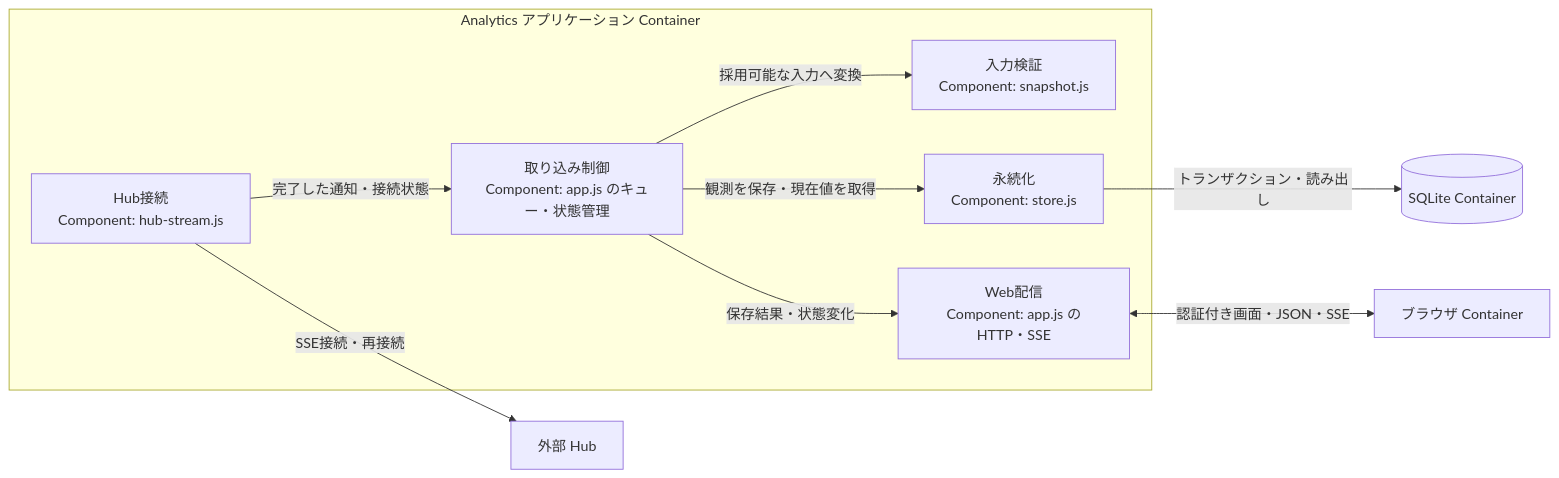
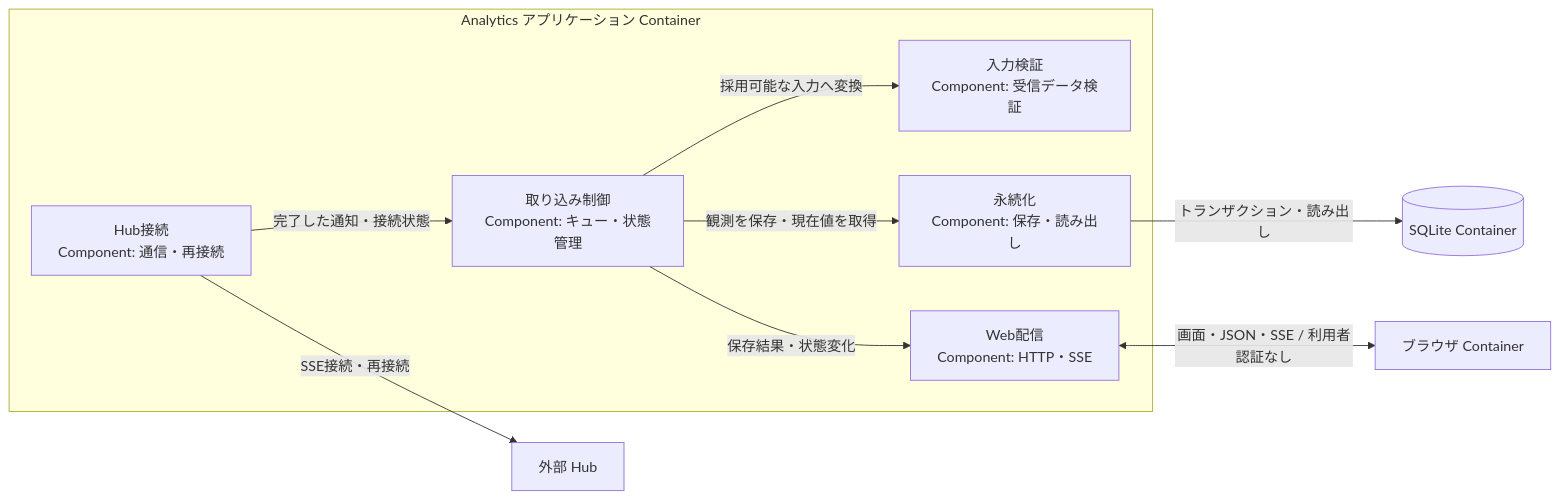
The third of 4 diagrams in docs/architecture.md (nuitsjp/token-monitor-analytics), drawn with Mermaid before and after one commit. The commit also changed other lines of this file and 15 other files, not shown here.

````diff
--- a/docs/architecture.md
+++ b/docs/architecture.md
@@ -64,20 +64,20 @@
 ```mermaid
 flowchart LR
     Hub["外部 Hub"]
     Browser["ブラウザ Container"]
     DB[("SQLite Container")]
     subgraph Node["Analytics アプリケーション Container"]
-        Connection["Hub接続<br/>Component: hub-stream.js"]
-        Intake["取り込み制御<br/>Component: app.js のキュー・状態管理"]
-        Validation["入力検証<br/>Component: snapshot.js"]
-        Store["永続化<br/>Component: store.js"]
-        Web["Web配信<br/>Component: app.js のHTTP・SSE"]
+        Connection["Hub接続<br/>Component: 通信・再接続"]
+        Intake["取り込み制御<br/>Component: キュー・状態管理"]
+        Validation["入力検証<br/>Component: 受信データ検証"]
+        Store["永続化<br/>Component: 保存・読み出し"]
+        Web["Web配信<br/>Component: HTTP・SSE"]
     end
     Connection -->|SSE接続・再接続| Hub
     Connection -->|完了した通知・接続状態| Intake
     Intake -->|採用可能な入力へ変換| Validation
     Intake -->|観測を保存・現在値を取得| Store
     Store -->|トランザクション・読み出し| DB
     Intake -->|保存結果・状態変化| Web
-    Web <-->|認証付き画面・JSON・SSE| Browser
+    Web <-->|画面・JSON・SSE / 利用者認証なし| Browser
 ```
````
